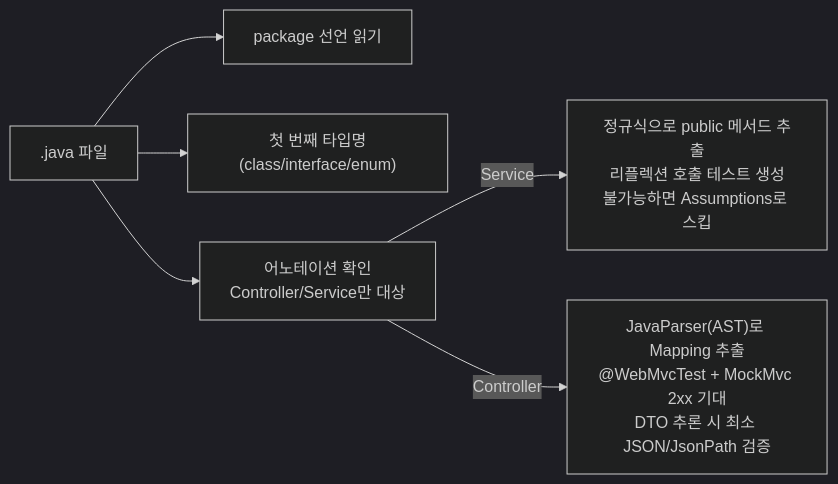
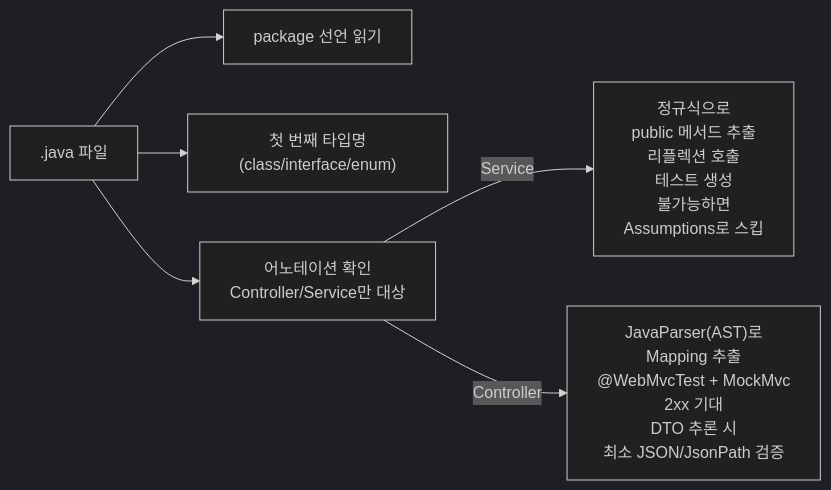
Before and after one commit to Samuel-Jeong/JTCG: the fourth of 4 diagrams in README.md, drawn with Mermaid (dark theme).

Commit message:
Refactor README annotations for better readability

````diff
--- a/README.md
+++ b/README.md
@@ -77,9 +77,9 @@
 ```mermaid
 flowchart LR
   SRC[".java 파일"] --> PKG["package 선언 읽기"]
   SRC --> TYPE["첫 번째 타입명(class/interface/enum)"]
   SRC --> ANN["어노테이션 확인<br/>Controller/Service만 대상"]
 
-  ANN -->|Service| S["정규식으로 public 메서드 추출<br/>리플렉션 호출 테스트 생성<br/>불가능하면 Assumptions로 스킵"]
-  ANN -->|Controller| C["JavaParser(AST)로 Mapping 추출<br/>@WebMvcTest + MockMvc 2xx 기대<br/>DTO 추론 시 최소 JSON/JsonPath 검증"]
+  ANN -->|Service| S["정규식으로 <br/>public 메서드 추출<br/>리플렉션 호출 <br/>테스트 생성<br/>불가능하면 <br/>Assumptions로 스킵"]
+  ANN -->|Controller| C["JavaParser(AST)로 <br/>Mapping 추출<br/>@WebMvcTest + MockMvc <br/>2xx 기대<br/>DTO 추론 시 <br/>최소 JSON/JsonPath 검증"]
 ```
````
